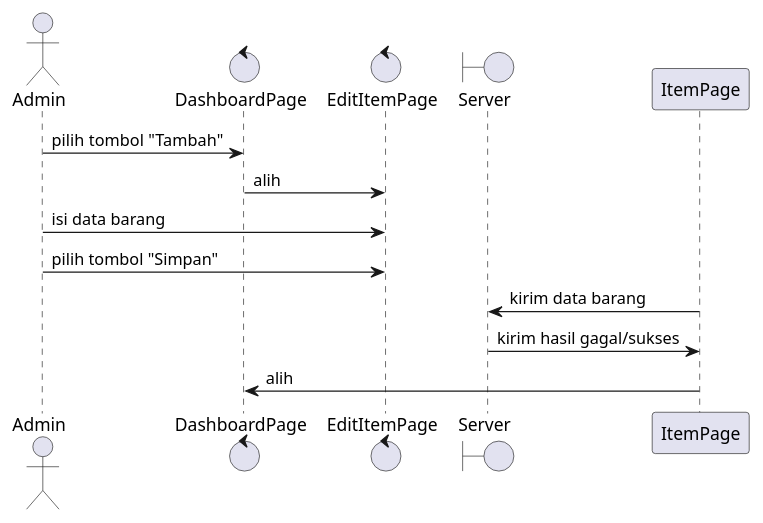
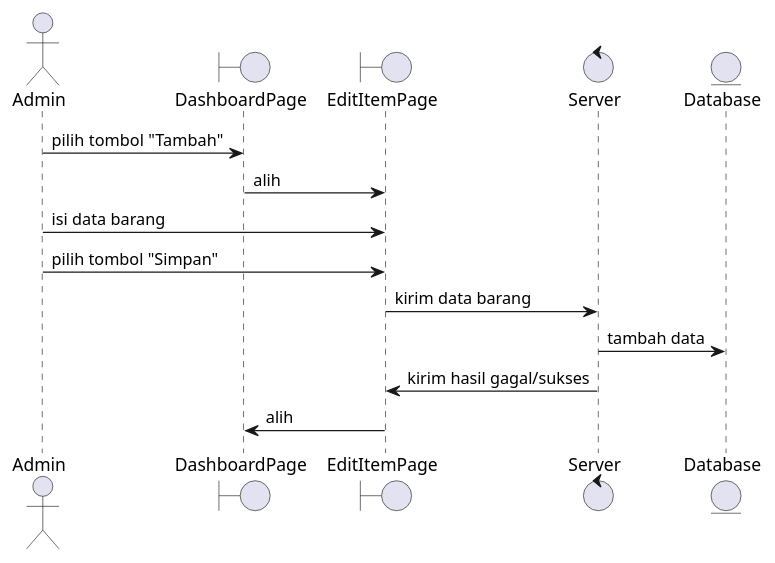
One commit to stnDinus/skpl_apbo_diagrams changed the diagram in crt_item_seq.puml. Above: the diagram before and after it, drawn with PlantUML. The commit also changed 9 other files, not shown here.

Commit message:
fix: sequence diagram

```diff
--- a/crt_item_seq.puml
+++ b/crt_item_seq.puml
@@ -1,14 +1,16 @@
 @startuml
 actor Admin
-control DashboardPage
-control EditItemPage
-boundary Server
+boundary DashboardPage
+boundary EditItemPage
+control Server
+entity Database
 
 Admin -> DashboardPage: pilih tombol "Tambah"
 DashboardPage -> EditItemPage: alih
 Admin -> EditItemPage: isi data barang
 Admin -> EditItemPage: pilih tombol "Simpan"
-ItemPage -> Server: kirim data barang
-Server -> ItemPage: kirim hasil gagal/sukses
-ItemPage -> DashboardPage: alih
+EditItemPage -> Server: kirim data barang
+Server -> Database: tambah data
+Server -> EditItemPage: kirim hasil gagal/sukses
+EditItemPage -> DashboardPage: alih
 @enduml
```
